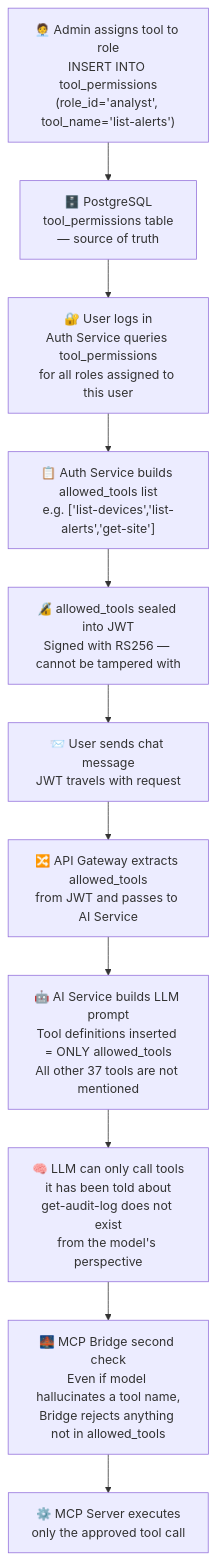
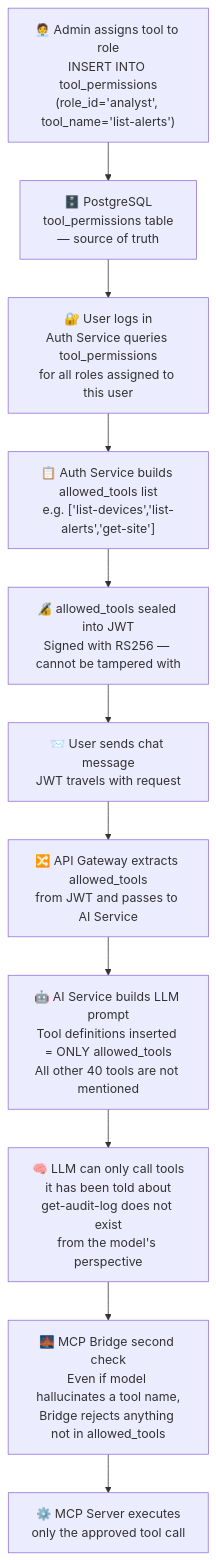
The fourth of 23 diagrams in DattoLLM-main/docs/ARCHITECTURE.md (impie0/dattobrain), drawn with Mermaid before and after one commit. The commit also changed other lines of this file and 50 other files, not shown here.

````diff
--- a/DattoLLM-main/docs/ARCHITECTURE.md
+++ b/DattoLLM-main/docs/ARCHITECTURE.md
@@ -386,25 +393,25 @@
 ```mermaid
 flowchart TD
     A["🧑‍💼 Admin assigns tool to role\nINSERT INTO tool_permissions\n(role_id='analyst', tool_name='list-alerts')"]
     B["🗄️ PostgreSQL\ntool_permissions table\n— source of truth"]
     C["🔐 User logs in\nAuth Service queries tool_permissions\nfor all roles assigned to this user"]
     D["📋 Auth Service builds allowed_tools list\ne.g. ['list-devices','list-alerts','get-site']"]
     E["🔏 allowed_tools sealed into JWT\nSigned with RS256 — cannot be tampered with"]
     F["📨 User sends chat message\nJWT travels with request"]
     G["🔀 API Gateway extracts allowed_tools\nfrom JWT and passes to AI Service"]
-    H["🤖 AI Service builds LLM prompt\nTool definitions inserted = ONLY allowed_tools\nAll other 37 tools are not mentioned"]
+    H["🤖 AI Service builds LLM prompt\nTool definitions inserted = ONLY allowed_tools\nAll other 40 tools are not mentioned"]
     I["🧠 LLM can only call tools\nit has been told about\nget-audit-log does not exist\nfrom the model's perspective"]
     J["🌉 MCP Bridge second check\nEven if model hallucinates a tool name,\nBridge rejects anything not in allowed_tools"]
     K["⚙️ MCP Server executes\nonly the approved tool call"]
 
     A --> B
     B --> C
     C --> D
     D --> E
     E --> F
     F --> G
     G --> H
     H --> I
     I --> J
     J --> K
 ```
````
